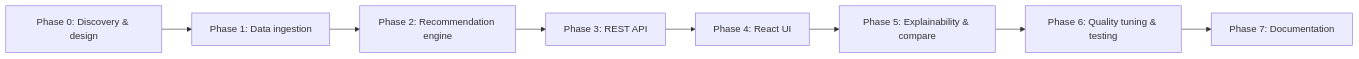
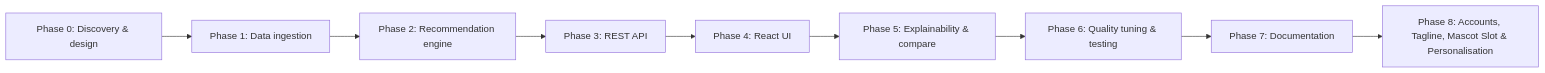
One commit to vishwascr/Bookable changed the diagram in readme/02-phases.md. Above: the diagram before and after it, drawn with Mermaid. The commit also changed other lines of this file and 7 other files, not shown here.

First line of the commit message:
Enhance book recommendation app with user accounts, personalized features, and mascot integration

````diff
--- a/readme/02-phases.md
+++ b/readme/02-phases.md
@@ -3,10 +3,11 @@
 ```mermaid
 flowchart LR
   P0["Phase 0: Discovery & design"] --> P1["Phase 1: Data ingestion"]
   P1 --> P2["Phase 2: Recommendation engine"]
   P2 --> P3["Phase 3: REST API"]
   P3 --> P4["Phase 4: React UI"]
   P4 --> P5["Phase 5: Explainability & compare"]
   P5 --> P6["Phase 6: Quality tuning & testing"]
   P6 --> P7["Phase 7: Documentation"]
+  P7 --> P8["Phase 8: Accounts, Tagline, Mascot Slot & Personalisation"]
 ```
````
